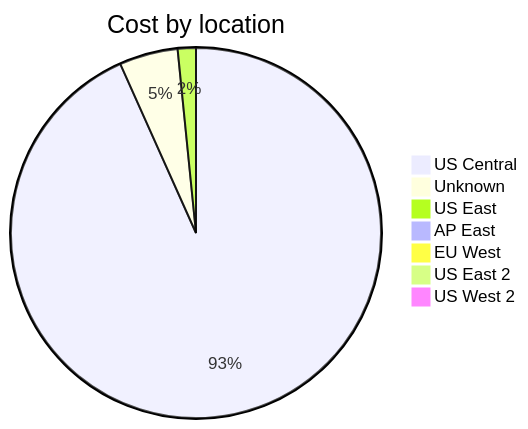
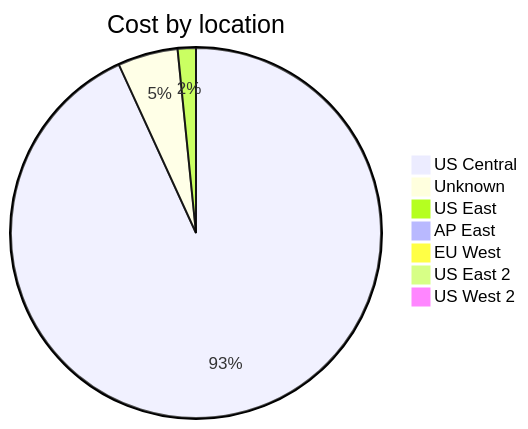
One commit to jpfulton/azure-personal-reports changed the third of 4 diagrams in cost-reports/accumulated-cost.md. Above: the diagram before and after it, drawn with Mermaid. The commit also changed other lines of this file and 4 other files, not shown here.

````diff
--- a/cost-reports/accumulated-cost.md
+++ b/cost-reports/accumulated-cost.md
@@ -123,11 +123,11 @@
 ```mermaid
 pie
    title Cost by location
-   "US Central" : 5.29
-   "Unknown" : 0.29
-   "US East" : 0.09
+   "US Central" : 5.86
+   "Unknown" : 0.33
+   "US East" : 0.10
    "AP East" : 0.00
    "EU West" : 0.00
    "US East 2" : 0.00
    "US West 2" : 0.00
 ```
````
